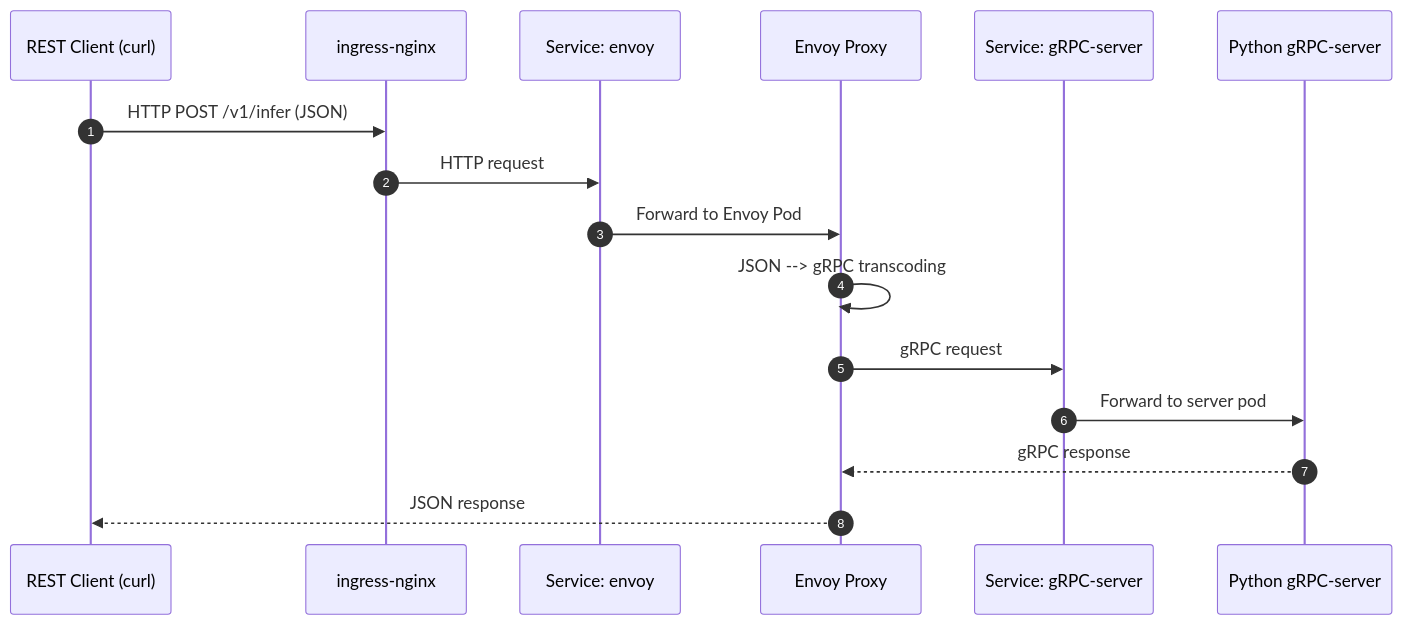
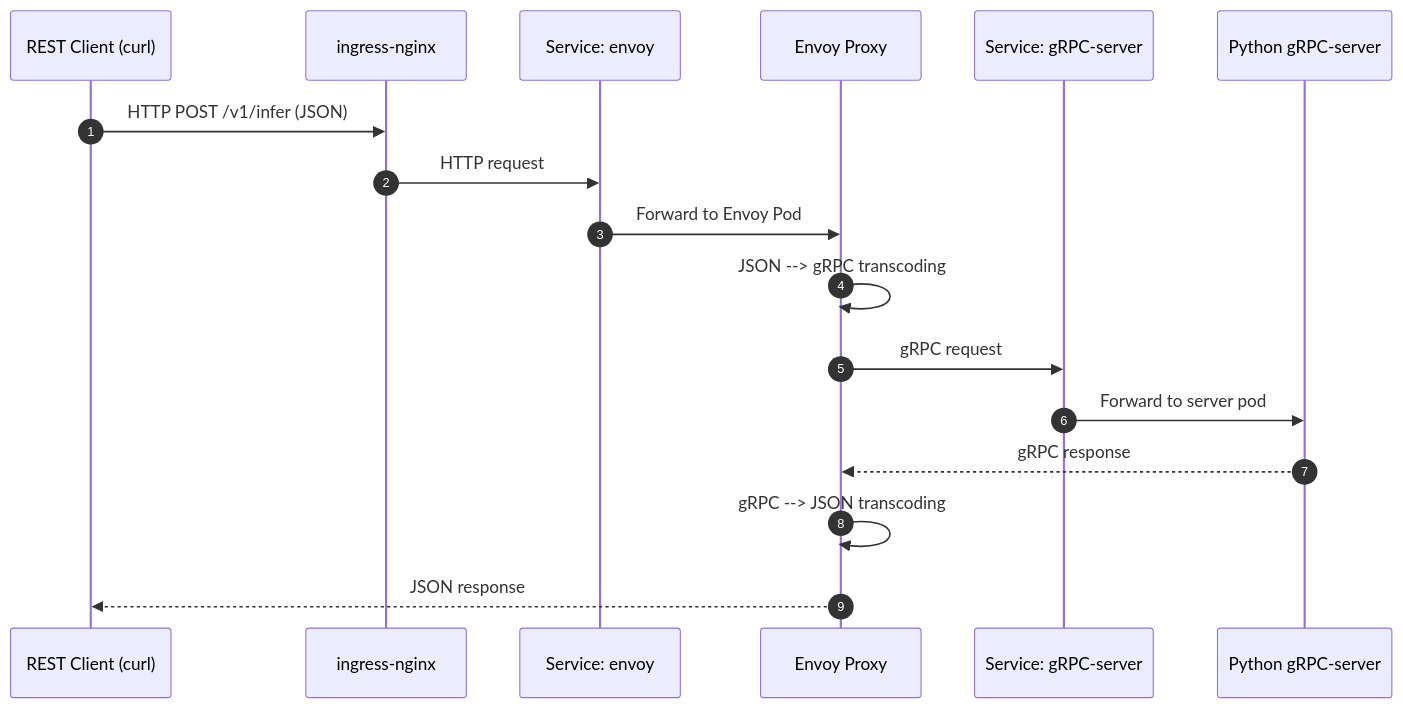
Before and after one commit to refuel-code-135/k8s-ml-inference-platform: the first of 4 diagrams in README.md, drawn with Mermaid.

````diff
--- a/README.md
+++ b/README.md
@@ -5,20 +5,21 @@
 ```mermaid
 sequenceDiagram
     autonumber
 
     participant Client as REST Client (curl)
     participant Ingress as ingress-nginx
     participant EnvoySvc as Service: envoy
     participant Envoy as Envoy Proxy
     participant GrpcSvc as Service: gRPC-server
     participant Grpc as Python gRPC-server
 
     Client->>Ingress: HTTP POST /v1/infer (JSON)
     Ingress->>EnvoySvc: HTTP request
     EnvoySvc->>Envoy: Forward to Envoy Pod
     Envoy->>Envoy: JSON --> gRPC transcoding
     Envoy->>GrpcSvc: gRPC request
     GrpcSvc->>Grpc: Forward to server pod
     Grpc-->>Envoy: gRPC response
+    Envoy->>Envoy: gRPC --> JSON transcoding
     Envoy-->>Client: JSON response
 ```
````
